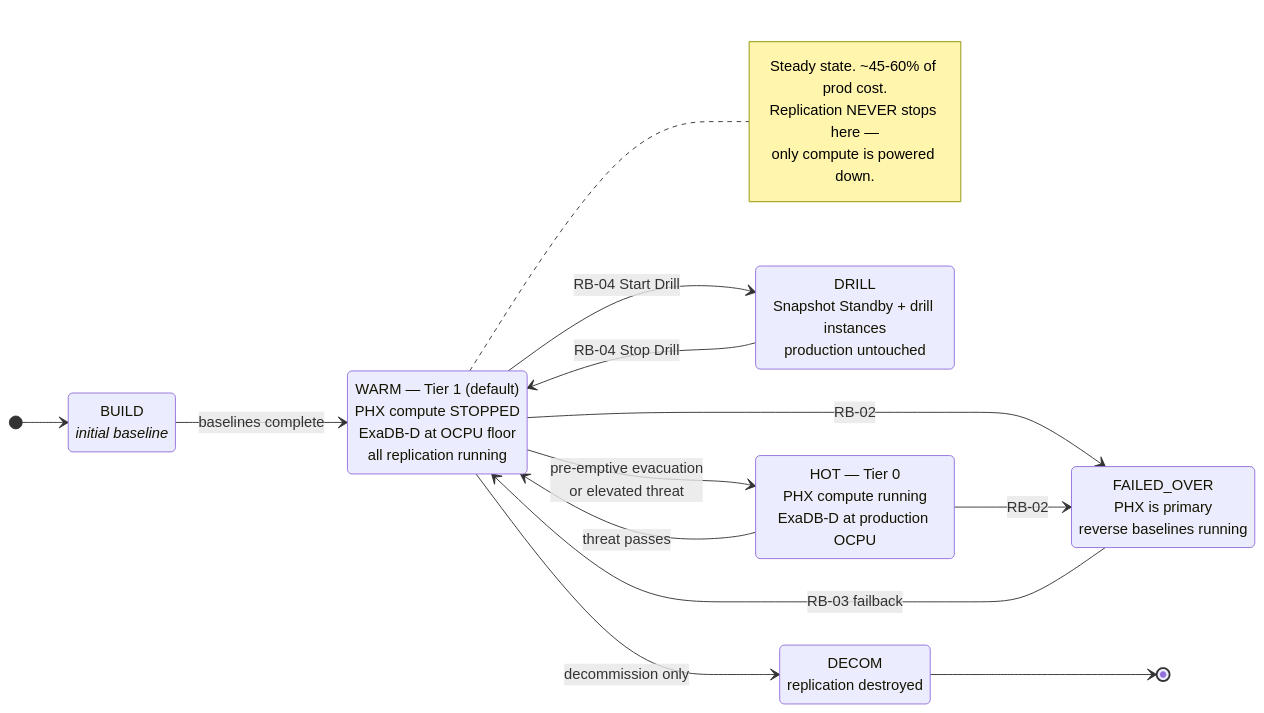
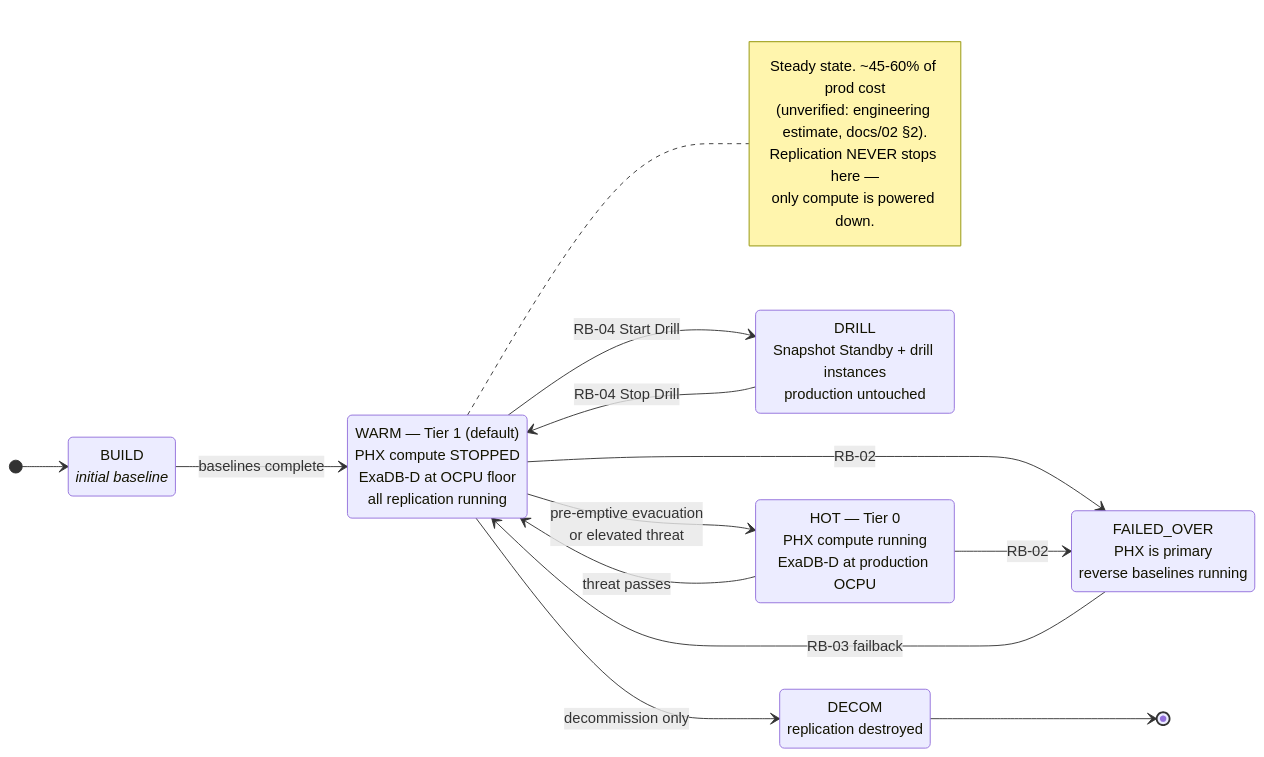
Before and after one commit to opscontinuum/oci-itscp: the diagram in runbooks/RB-05-replication-lifecycle.md, drawn with Mermaid. The commit also changed other lines of this file and 29 other files, not shown here.

````diff
--- a/runbooks/RB-05-replication-lifecycle.md
+++ b/runbooks/RB-05-replication-lifecycle.md
@@ -13,28 +13,29 @@
 ```mermaid
 stateDiagram-v2
     direction LR
     [*] --> BUILD
     BUILD: BUILD<br/><i>initial baseline</i>
     HOT: HOT — Tier 0<br/>PHX compute running<br/>ExaDB-D at production OCPU
     WARM: WARM — Tier 1 (default)<br/>PHX compute STOPPED<br/>ExaDB-D at OCPU floor<br/>all replication running
     DRILL: DRILL<br/>Snapshot Standby + drill instances<br/>production untouched
     FAILED_OVER: FAILED_OVER<br/>PHX is primary<br/>reverse baselines running
     DECOM: DECOM<br/>replication destroyed
 
     BUILD --> WARM: baselines complete
     WARM --> HOT: pre-emptive evacuation<br/>or elevated threat
     HOT --> WARM: threat passes
     WARM --> DRILL: RB-04 Start Drill
     DRILL --> WARM: RB-04 Stop Drill
     WARM --> FAILED_OVER: RB-02
     HOT --> FAILED_OVER: RB-02
     FAILED_OVER --> WARM: RB-03 failback
     WARM --> DECOM: decommission only
     DECOM --> [*]
 
     note right of WARM
-        Steady state. ~45-60% of prod cost.
+        Steady state. ~45-60% of prod cost
+        (unverified: engineering estimate, docs/02 §2).
         Replication NEVER stops here —
         only compute is powered down.
     end note
 ```
````
